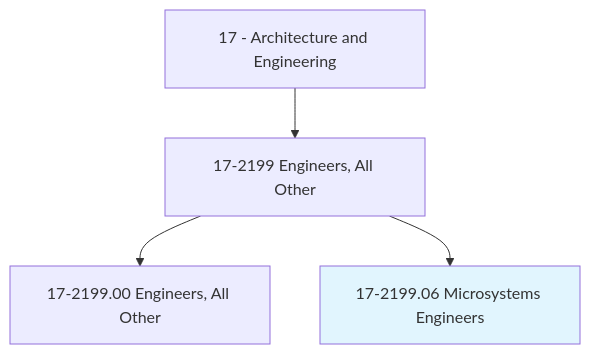
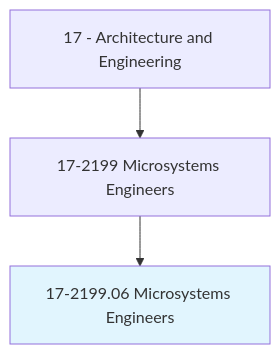
One commit to kziemski/business.org.ai changed the first of 4 diagrams in occupations/Architecture/MicrosystemsEngineers.mdx. Above: the diagram before and after it, drawn with Mermaid. The commit also changed other lines of this file and 938 other files, not shown here.

````diff
--- a/occupations/Architecture/MicrosystemsEngineers.mdx
+++ b/occupations/Architecture/MicrosystemsEngineers.mdx
@@ -19,7 +23,6 @@
 ```mermaid
 graph TD
-    Cat17["17 - Architecture and Engineering"] --> Group172199["17-2199 Engineers, All Other"]
-    Group172199 --> Base["17-2199.00 Engineers, All Other"]
+    Cat17["17 - Architecture and Engineering"] --> Group172199["17-2199 Microsystems Engineers"]
     Group172199 --> Current["17-2199.06 Microsystems Engineers"]
     style Current fill:#e1f5fe
 ```
````
